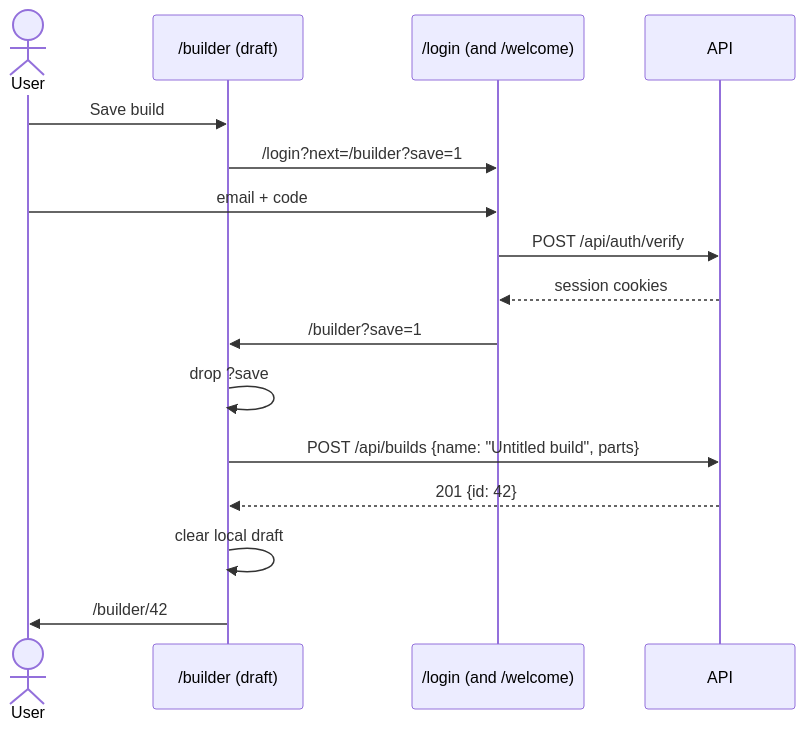
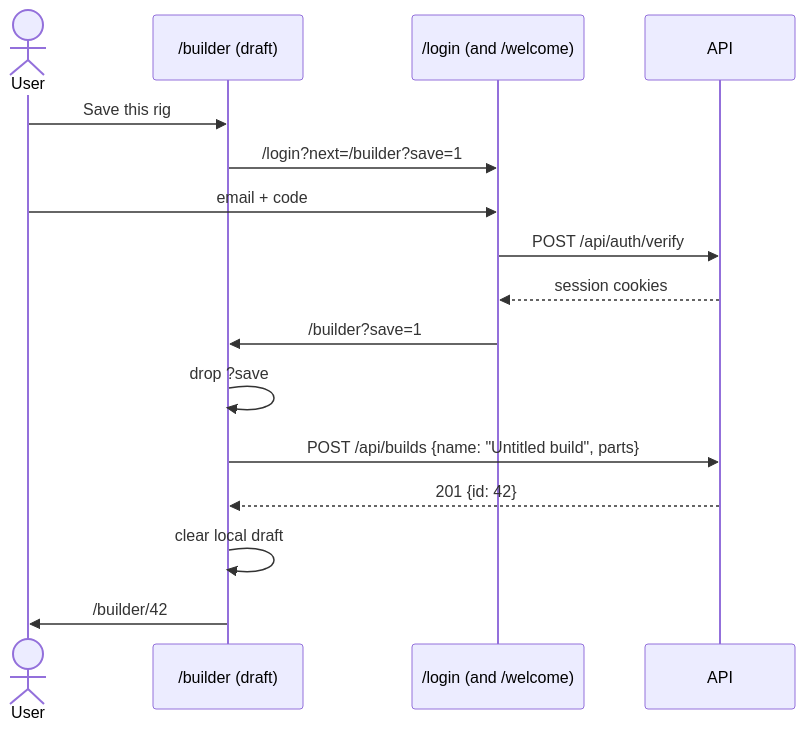
Before and after one commit to Alchabom/RodPartPicker: the first of 2 diagrams in docs/builds/saved-builds.md, drawn with Mermaid. The commit also changed other lines of this file and 2 other files, not shown here.

````diff
--- a/docs/builds/saved-builds.md
+++ b/docs/builds/saved-builds.md
@@ -95,19 +107,19 @@
 ```mermaid
 sequenceDiagram
   actor U as User
   participant B as /builder (draft)
   participant L as /login (and /welcome)
   participant A as API
 
-  U->>B: Save build
+  U->>B: Save this rig
   B->>L: /login?next=/builder?save=1
   U->>L: email + code
   L->>A: POST /api/auth/verify
   A-->>L: session cookies
   L->>B: /builder?save=1
   B->>B: drop ?save
   B->>A: POST /api/builds {name: "Untitled build", parts}
   A-->>B: 201 {id: 42}
   B->>B: clear local draft
   B->>U: /builder/42
 ```
````
